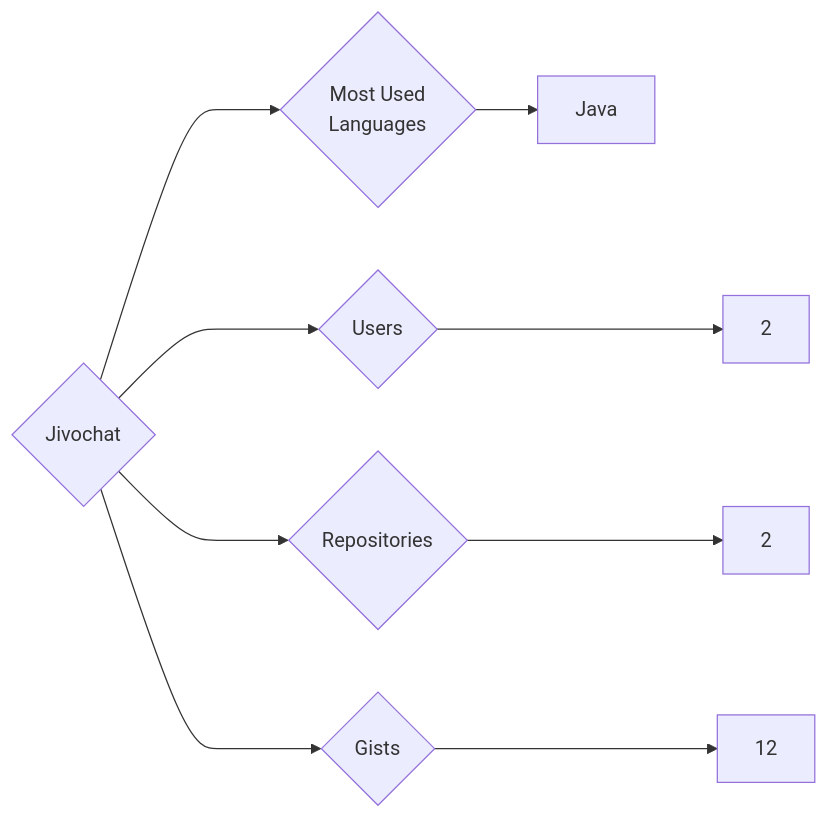
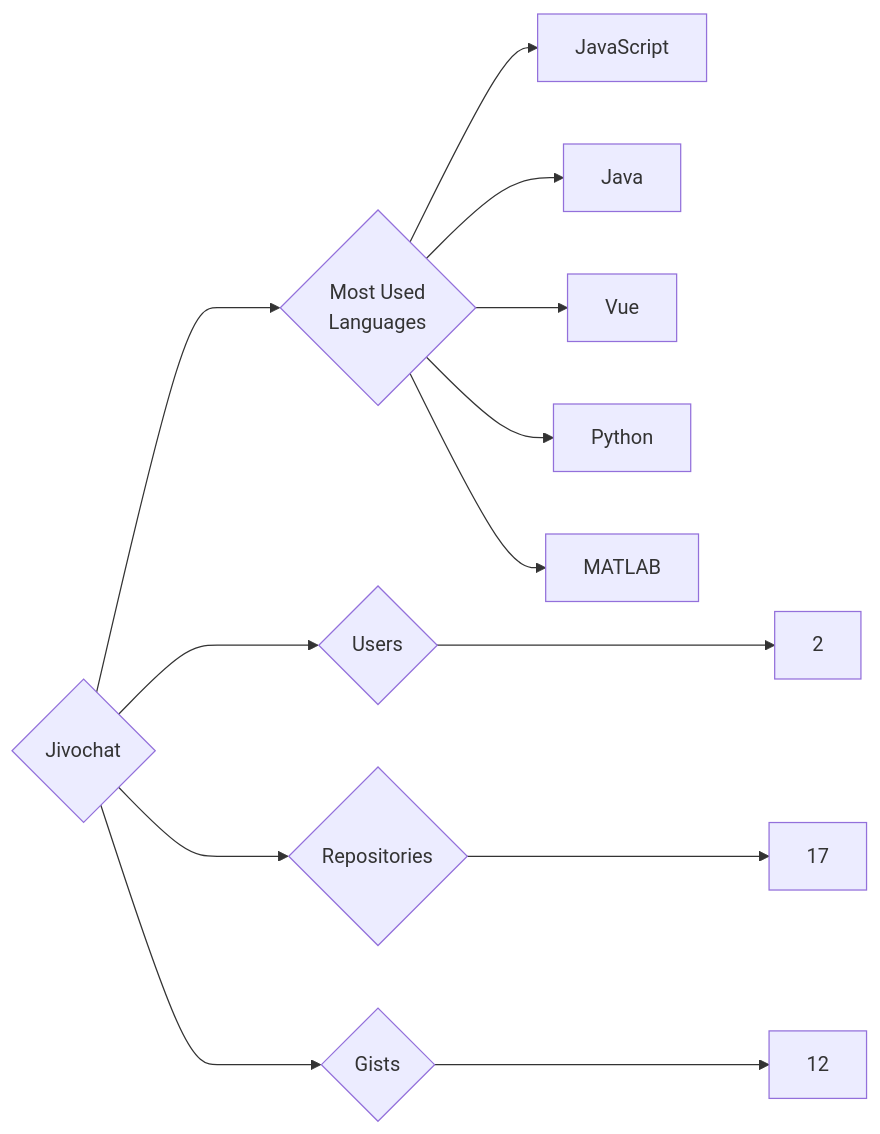
One commit to trickest/insiders changed the diagram in targets/Jivochat/README.md. Above: the diagram before and after it, drawn with Mermaid. The commit also changed 639 other files, not shown here.

````diff
--- a/targets/Jivochat/README.md
+++ b/targets/Jivochat/README.md
@@ -3,9 +3,13 @@
 ```mermaid
 graph LR
 COMPANY_NAME{Jivochat}
 COMPANY_NAME ---> U{Users} ---> UN[2]
-COMPANY_NAME ---> R{Repositories} ---> RN[2]
+COMPANY_NAME ---> R{Repositories} ---> RN[17]
 COMPANY_NAME ---> G{Gists} ---> GN[12]
 COMPANY_NAME ---> ML{Most Used<br>Languages}
+ML --> JavaScript[JavaScript]
 ML --> Java[Java]
+ML --> Vue[Vue]
+ML --> Python[Python]
+ML --> MATLAB[MATLAB]
 ```
````
